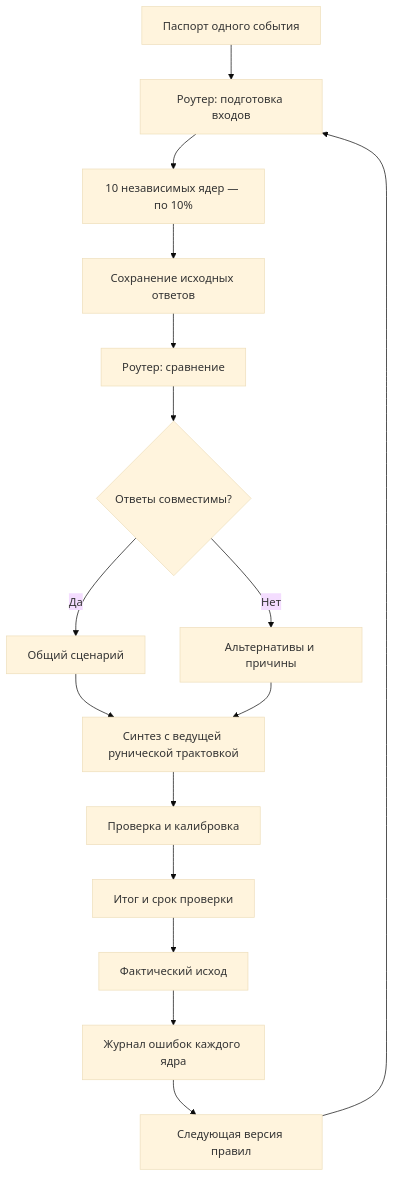
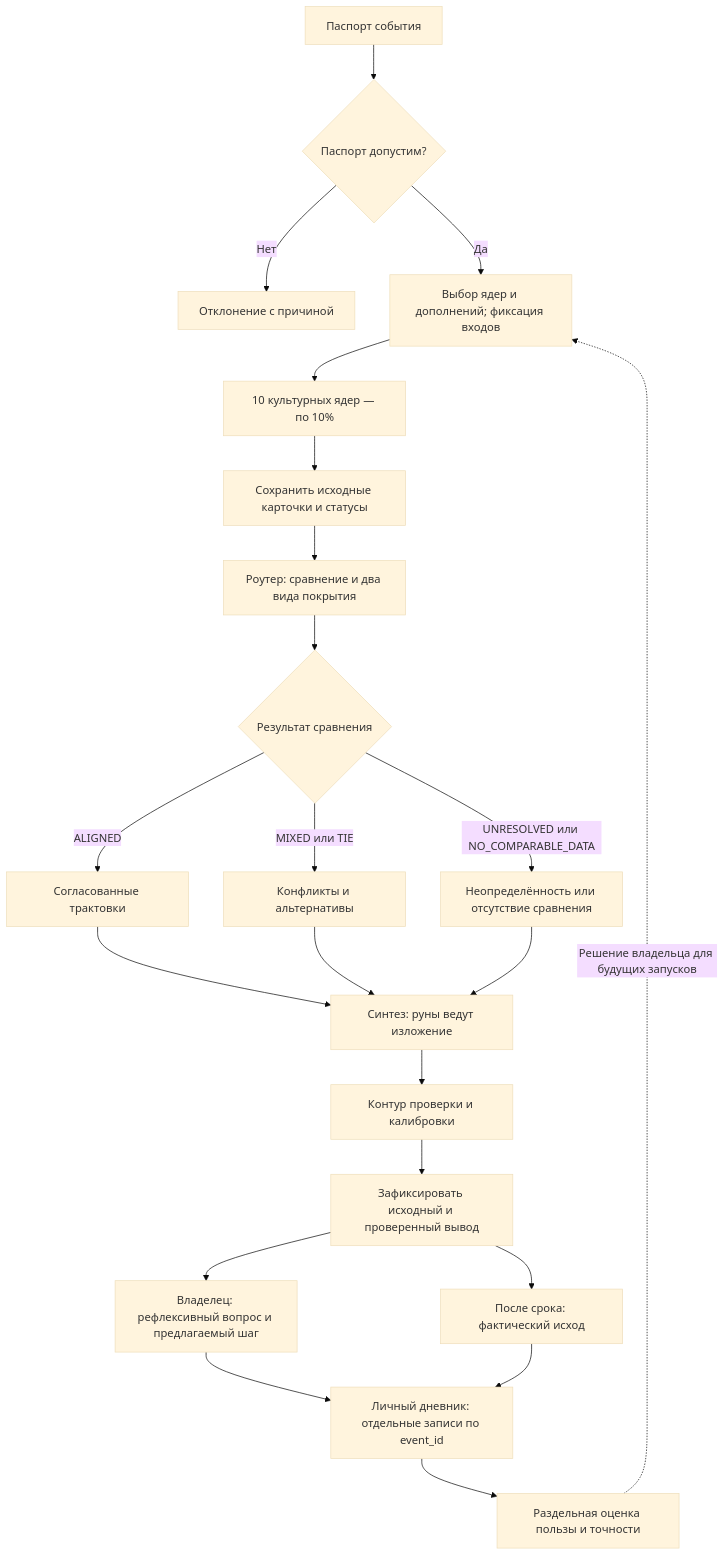
One commit to dimitry8st-prog/DIS-Rune-Oracle changed the first of 2 diagrams in docs/ARCHITECTURE_10_CORES.md. Above: the diagram before and after it, drawn with Mermaid (base theme). The commit also changed other lines of this file, not shown here.

Commit message:
docs: reflect personal-use flow and separate outcome evaluations in oracle diagrams

````diff
--- a/docs/ARCHITECTURE_10_CORES.md
+++ b/docs/ARCHITECTURE_10_CORES.md
@@ -123,18 +123,24 @@
 ```mermaid
 flowchart TD
-    P["Паспорт одного события"] --> A["Роутер: подготовка входов"]
-    A --> K["10 независимых ядер — по 10%"]
-    K --> B["Сохранение исходных ответов"]
-    B --> R["Роутер: сравнение"]
-    R --> C{"Ответы совместимы?"}
-    C -->|Да| S["Общий сценарий"]
-    C -->|Нет| D["Альтернативы и причины"]
-    S --> F["Синтез с ведущей рунической трактовкой"]
+    P["Паспорт события"] --> V{"Паспорт допустим?"}
+    V -->|Нет| X["Отклонение с причиной"]
+    V -->|Да| A["Выбор ядер и дополнений; фиксация входов"]
+    A --> K["10 культурных ядер — по 10%"]
+    K --> B["Сохранить исходные карточки и статусы"]
+    B --> R["Роутер: сравнение и два вида покрытия"]
+    R --> C{"Результат сравнения"}
+    C -->|ALIGNED| S["Согласованные трактовки"]
+    C -->|MIXED или TIE| D["Конфликты и альтернативы"]
+    C -->|UNRESOLVED или NO_COMPARABLE_DATA| Q["Неопределённость или отсутствие сравнения"]
+    S --> F["Синтез: руны ведут изложение"]
     D --> F
-    F --> N["Проверка и калибровка"]
-    N --> O["Итог и срок проверки"]
-    O --> E["Фактический исход"]
-    E --> J["Журнал ошибок каждого ядра"]
-    J --> U["Следующая версия правил"]
-    U --> A
+    Q --> F
+    F --> N["Контур проверки и калибровки"]
+    N --> O["Зафиксировать исходный и проверенный вывод"]
+    O --> H["Владелец: рефлексивный вопрос и предлагаемый шаг"]
+    O --> E["После срока: фактический исход"]
+    H --> J["Личный дневник: отдельные записи по event_id"]
+    E --> J
+    J --> U["Раздельная оценка пользы и точности"]
+    U -.->|Решение владельца для будущих запусков| A
 ```
````
